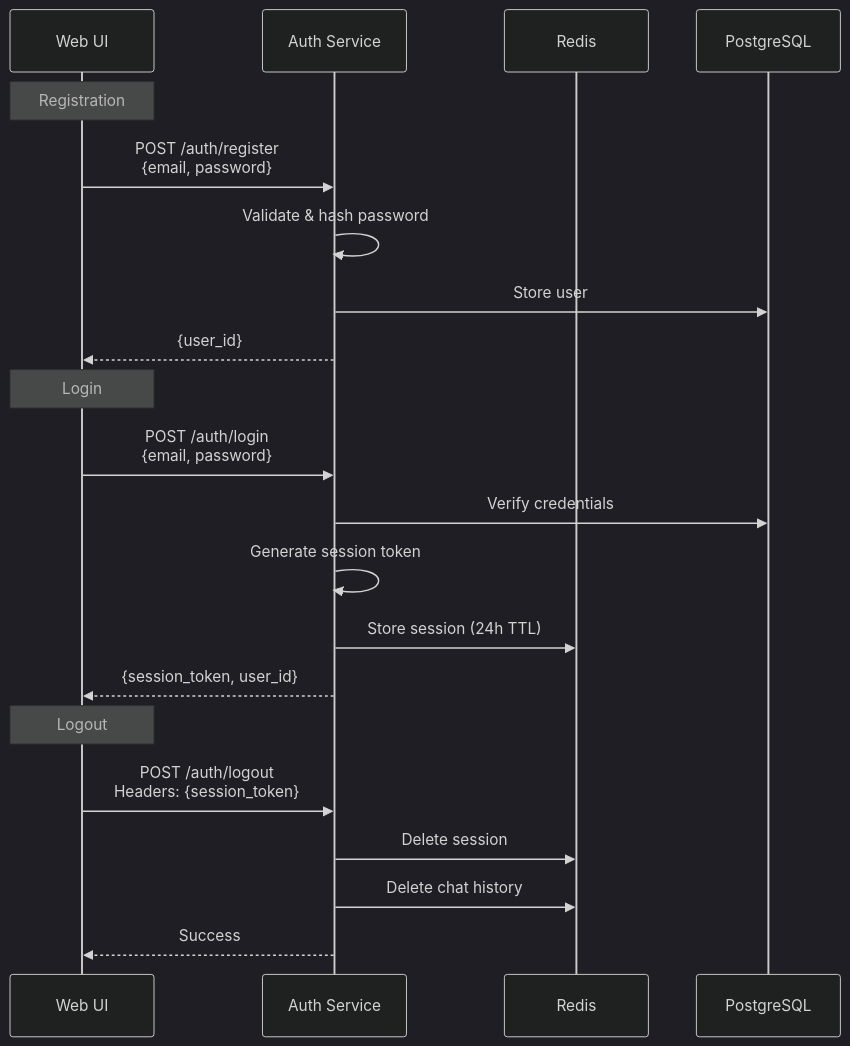
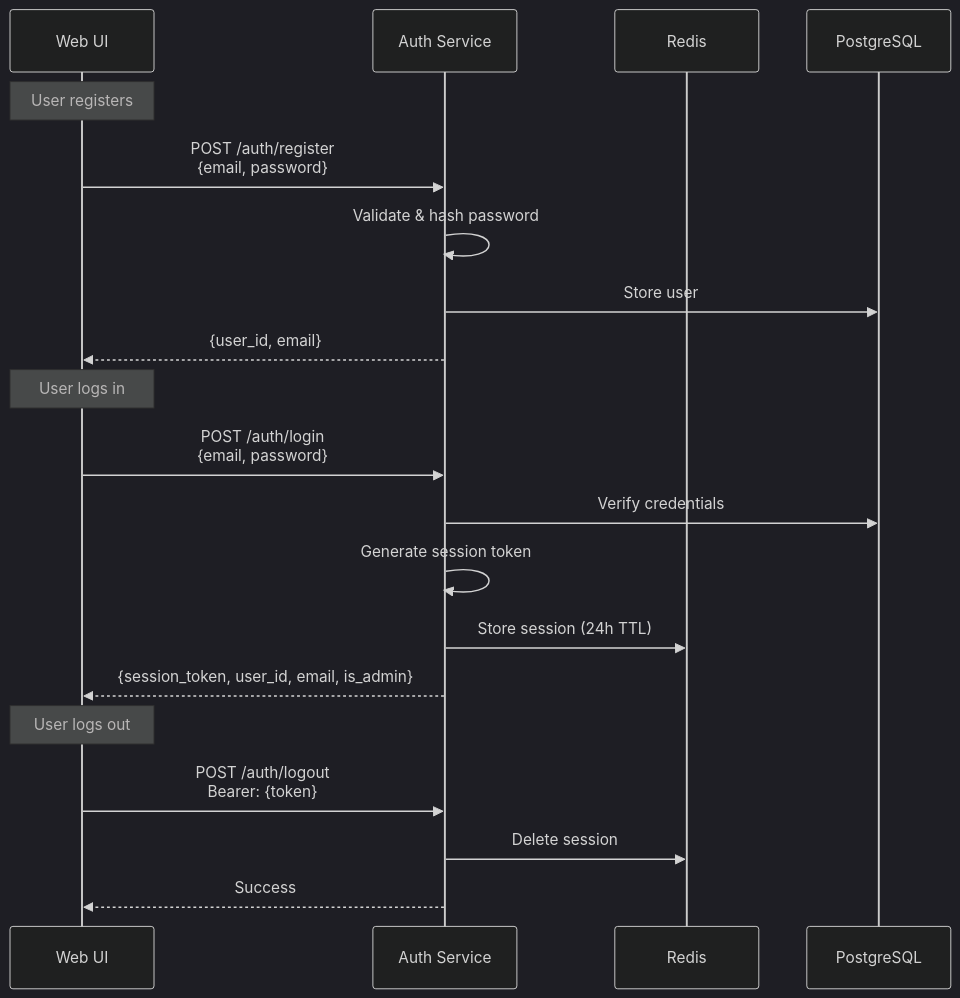
Before and after one commit to Th30utcast/MARP-Guide-AI: the first of 2 diagrams in docs/services/Tier1_Authentication.md, drawn with Mermaid (dark theme). The commit also changed other lines of this file and 16 other files, not shown here.

````diff
--- a/docs/services/Tier1_Authentication.md
+++ b/docs/services/Tier1_Authentication.md
@@ -17,29 +94,25 @@
-``` mermaid
+```mermaid
 sequenceDiagram
-  participant U as Web UI
-  participant A as Auth Service
-  participant R as Redis
-  participant P as PostgreSQL
+    participant UI as Web UI
+    participant Auth as Auth Service
+    participant Redis as Redis
+    participant PG as PostgreSQL
 
-  Note over U: Registration
+    Note over UI: User registers
+    UI->>Auth: POST /auth/register<br/>{email, password}
+    Auth->>Auth: Validate & hash password
+    Auth->>PG: Store user
+    Auth-->>UI: {user_id, email}
 
-  U->>A: POST /auth/register<br/>{email, password}
-  A->>A: Validate & hash password
-  A->>P: Store user
-  A-->>U: {user_id}
+    Note over UI: User logs in
+    UI->>Auth: POST /auth/login<br/>{email, password}
+    Auth->>PG: Verify credentials
+    Auth->>Auth: Generate session token
+    Auth->>Redis: Store session (24h TTL)
+    Auth-->>UI: {session_token, user_id, email, is_admin}
 
-  Note over U: Login
-
-  U->>A: POST /auth/login<br/>{email, password}
-  A->>P: Verify credentials
-  A->>A: Generate session token
-  A->>R: Store session (24h TTL)
-  A-->>U: {session_token, user_id}
-
-  Note over U: Logout
-
-  U->>A: POST /auth/logout<br/>Headers: {session_token}
-  A->>R: Delete session
-  A->>R: Delete chat history
-  A-->>U: Success
+    Note over UI: User logs out
+    UI->>Auth: POST /auth/logout<br/>Bearer: {token}
+    Auth->>Redis: Delete session
+    Auth-->>UI: Success
 ```
````
